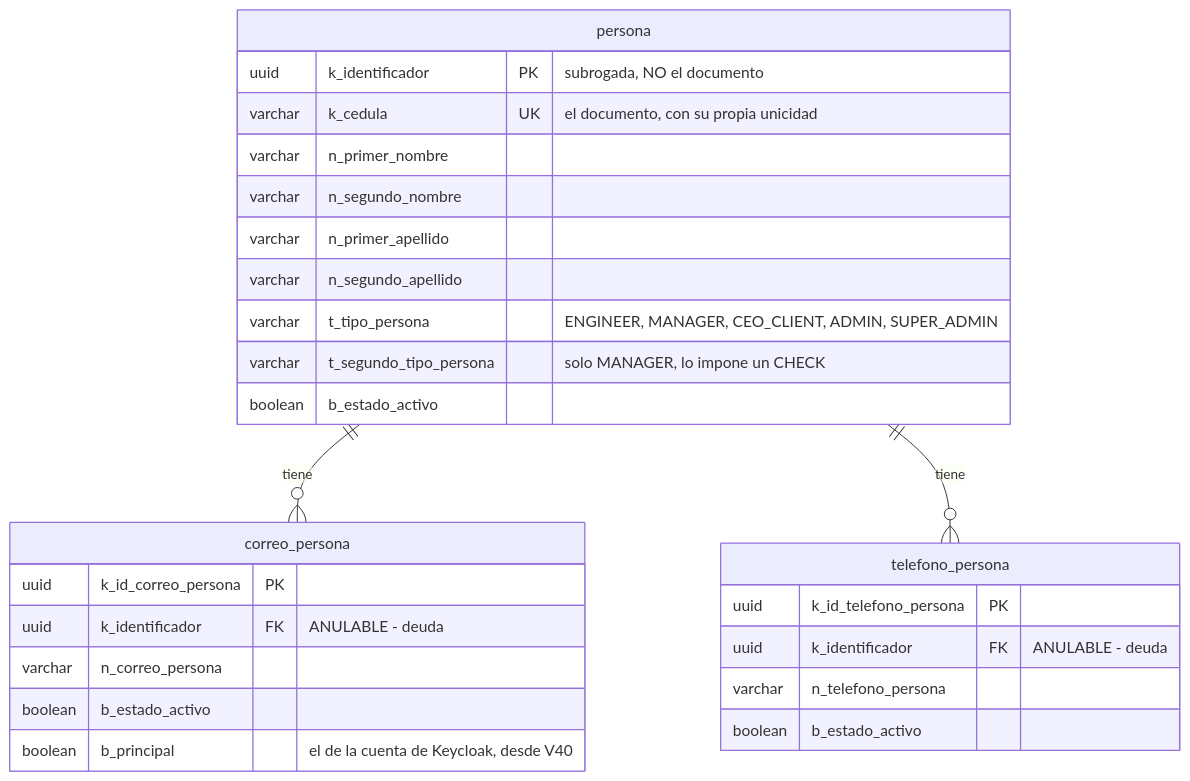
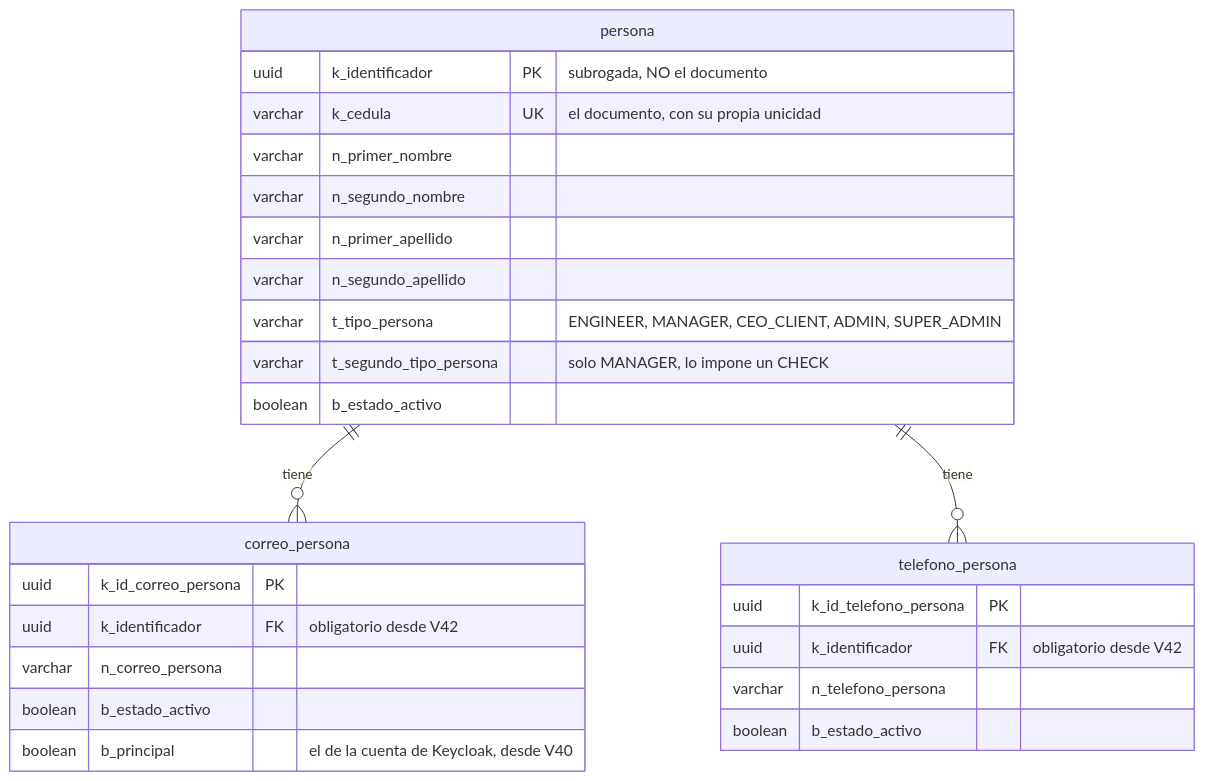
One commit to SeanBol222/MalphasOs changed the third of 10 diagrams in SecondBrain/wiki/base-de-datos/esquema-bd-malphasos.md. Above: the diagram before and after it, drawn with Mermaid. The commit also changed other lines of this file and 4 other files, not shown here.

First line of the commit message:
docs: V42 in the schema note, the debt and the roadmap

````diff
--- a/SecondBrain/wiki/base-de-datos/esquema-bd-malphasos.md
+++ b/SecondBrain/wiki/base-de-datos/esquema-bd-malphasos.md
@@ -296,29 +305,29 @@
 ```mermaid
 erDiagram
     persona ||--o{ correo_persona : "tiene"
     persona ||--o{ telefono_persona : "tiene"
     persona {
         uuid k_identificador PK "subrogada, NO el documento"
         varchar k_cedula UK "el documento, con su propia unicidad"
         varchar n_primer_nombre
         varchar n_segundo_nombre
         varchar n_primer_apellido
         varchar n_segundo_apellido
         varchar t_tipo_persona "ENGINEER, MANAGER, CEO_CLIENT, ADMIN, SUPER_ADMIN"
         varchar t_segundo_tipo_persona "solo MANAGER, lo impone un CHECK"
         boolean b_estado_activo
     }
     correo_persona {
         uuid k_id_correo_persona PK
-        uuid k_identificador FK "ANULABLE - deuda"
+        uuid k_identificador FK "obligatorio desde V42"
         varchar n_correo_persona
         boolean b_estado_activo
         boolean b_principal "el de la cuenta de Keycloak, desde V40"
     }
     telefono_persona {
         uuid k_id_telefono_persona PK
-        uuid k_identificador FK "ANULABLE - deuda"
+        uuid k_identificador FK "obligatorio desde V42"
         varchar n_telefono_persona
         boolean b_estado_activo
     }
 ```
````
